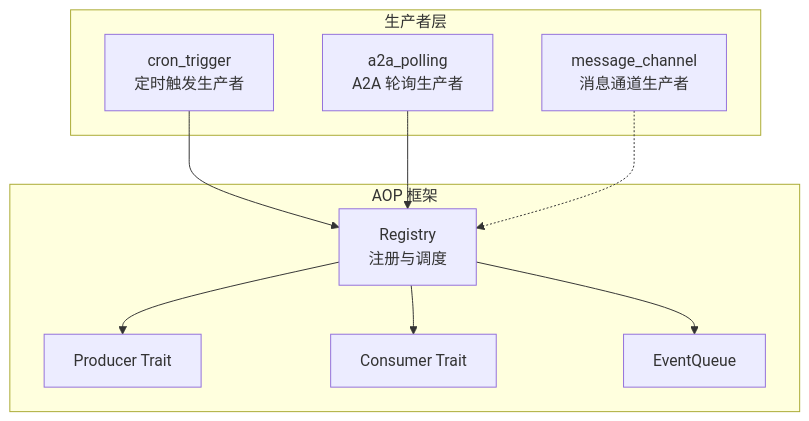
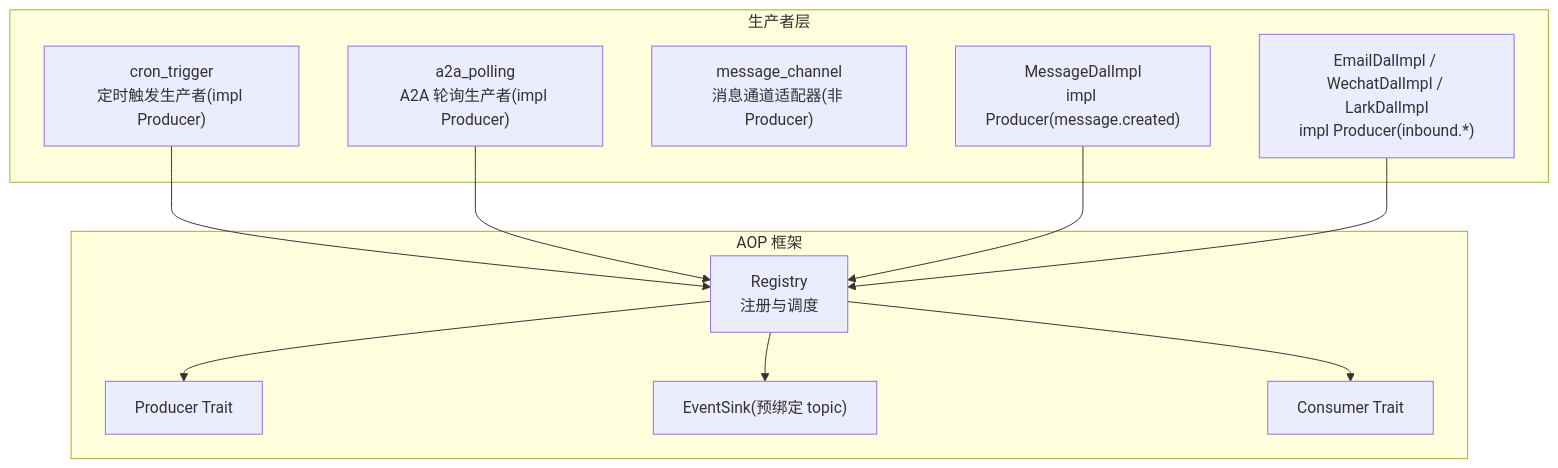
Before and after one commit to runningcoders/ai_orz: the first of 7 diagrams in docs/wiki/zh/content/基础设施/AOP 事件系统/事件生产者/事件生产者.md, drawn with Mermaid. The commit also changed other lines of this file and 37 other files, not shown here.

````diff
--- a/docs/wiki/zh/content/基础设施/AOP 事件系统/事件生产者/事件生产者.md
+++ b/docs/wiki/zh/content/基础设施/AOP 事件系统/事件生产者/事件生产者.md
@@ -36,20 +52,23 @@
 ```mermaid
 graph TB
 subgraph "生产者层"
-P1["cron_trigger<br/>定时触发生产者"]
-P2["a2a_polling<br/>A2A 轮询生产者"]
-P3["message_channel<br/>消息通道生产者"]
+P1["cron_trigger<br/>定时触发生产者(impl Producer)"]
+P2["a2a_polling<br/>A2A 轮询生产者(impl Producer)"]
+P3["message_channel<br/>消息通道适配器(非 Producer)"]
+DA1["MessageDalImpl<br/>impl Producer(message.created)"]
+DA2["EmailDalImpl / WechatDalImpl / LarkDalImpl<br/>impl Producer(inbound.*)"]
 end
 subgraph "AOP 框架"
 REG["Registry<br/>注册与调度"]
 PROD_IF["Producer Trait"]
+SINK["EventSink(预绑定 topic)"]
 CONSUMER_IF["Consumer Trait"]
-QUEUE["EventQueue"]
 end
 P1 --> REG
 P2 --> REG
-P3 -.-> REG
-REG --> QUEUE
+DA1 --> REG
+DA2 --> REG
+REG --> SINK
 REG --> CONSUMER_IF
 REG --> PROD_IF
 ```
````
